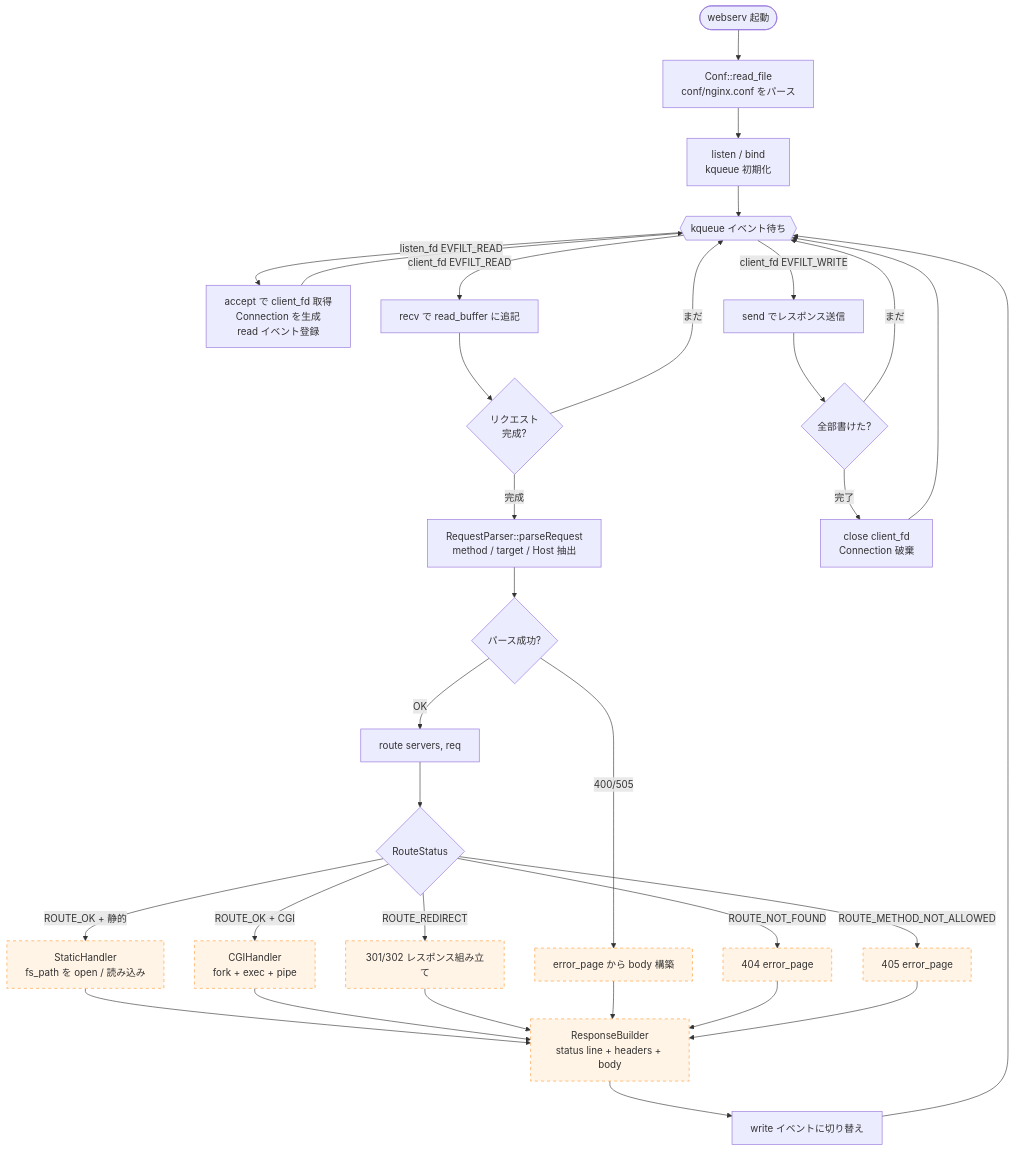
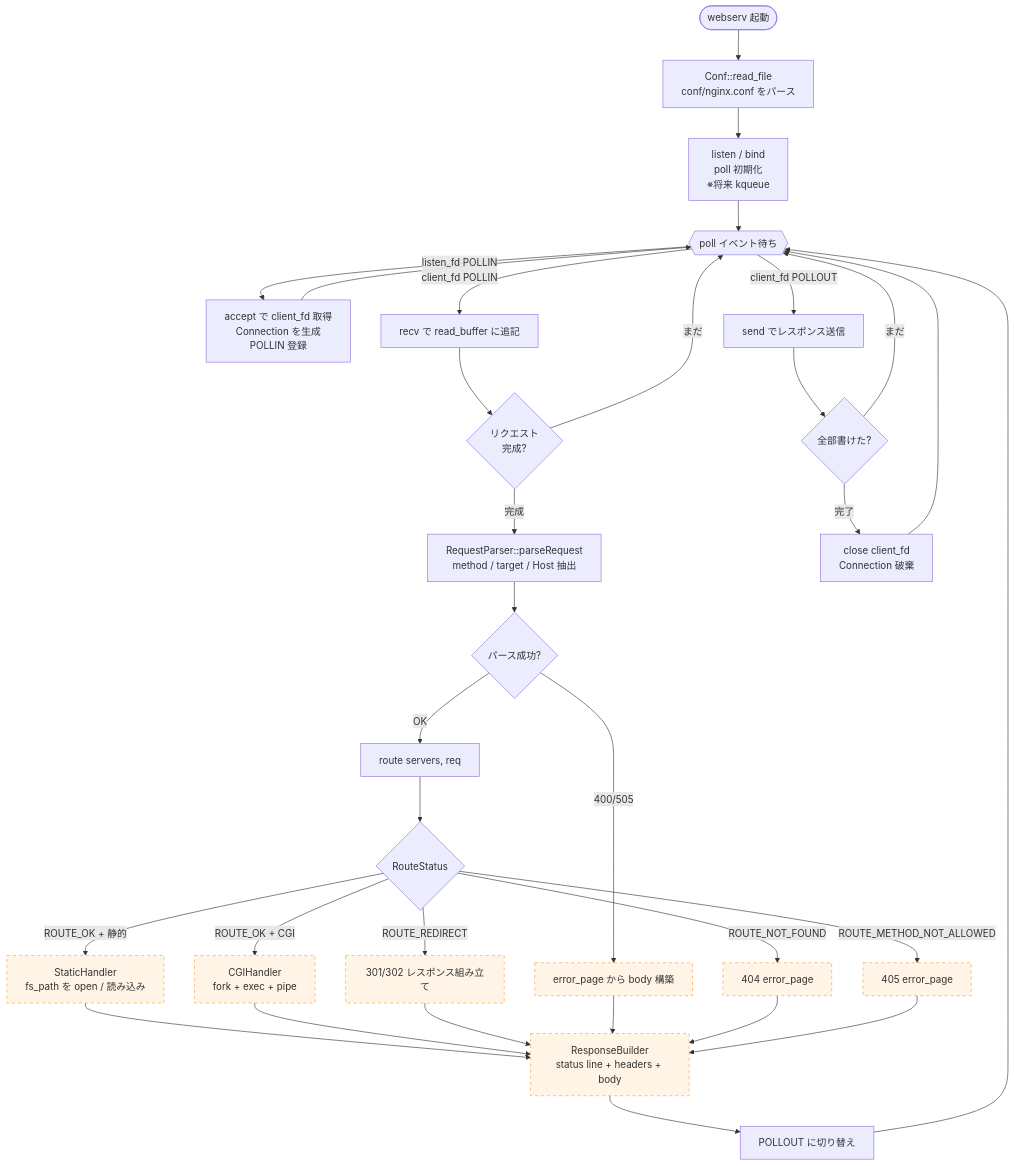
Before and after one commit to Hen00af/irc-platform: the first of 2 diagrams in docs/design.md, drawn with Mermaid. The commit also changed other lines of this file, not shown here.

````diff
--- a/docs/design.md
+++ b/docs/design.md
@@ -16,45 +18,45 @@
 ```mermaid
 flowchart TD
     Start([webserv 起動]) --> ParseConf[Conf::read_file<br/>conf/nginx.conf をパース]
-    ParseConf --> Bind[listen / bind<br/>kqueue 初期化]
-    Bind --> Kq{{kqueue イベント待ち}}
+    ParseConf --> Bind[listen / bind<br/>poll 初期化<br/>※将来 kqueue]
+    Bind --> Loop{{poll イベント待ち}}
 
-    Kq -->|listen_fd EVFILT_READ| Accept[accept で client_fd 取得<br/>Connection を生成<br/>read イベント登録]
-    Accept --> Kq
+    Loop -->|listen_fd POLLIN| Accept[accept で client_fd 取得<br/>Connection を生成<br/>POLLIN 登録]
+    Accept --> Loop
 
-    Kq -->|client_fd EVFILT_READ| Read[recv で read_buffer に追記]
+    Loop -->|client_fd POLLIN| Read[recv で read_buffer に追記]
     Read --> Done{リクエスト<br/>完成?}
-    Done -->|まだ| Kq
+    Done -->|まだ| Loop
 
     Done -->|完成| Parse[RequestParser::parseRequest<br/>method / target / Host 抽出]
     Parse --> ParseOK{パース成功?}
     ParseOK -->|400/505| MakeErr1[error_page から body 構築]
     ParseOK -->|OK| Route[route servers, req]
 
     Route --> Branch{RouteStatus}
 
     Branch -->|ROUTE_OK + 静的| Static[StaticHandler<br/>fs_path を open / 読み込み]
     Branch -->|ROUTE_OK + CGI| Cgi[CGIHandler<br/>fork + exec + pipe]
     Branch -->|ROUTE_REDIRECT| Redir[301/302 レスポンス組み立て]
     Branch -->|ROUTE_NOT_FOUND| MakeErr2[404 error_page]
     Branch -->|ROUTE_METHOD_NOT_ALLOWED| MakeErr3[405 error_page]
 
     Static --> Build[ResponseBuilder<br/>status line + headers + body]
     Cgi --> Build
     Redir --> Build
     MakeErr1 --> Build
     MakeErr2 --> Build
     MakeErr3 --> Build
 
-    Build --> SwitchWrite[write イベントに切り替え]
-    SwitchWrite --> Kq
+    Build --> SwitchWrite[POLLOUT に切り替え]
+    SwitchWrite --> Loop
 
-    Kq -->|client_fd EVFILT_WRITE| Write[send でレスポンス送信]
+    Loop -->|client_fd POLLOUT| Write[send でレスポンス送信]
     Write --> WriteDone{全部書けた?}
-    WriteDone -->|まだ| Kq
+    WriteDone -->|まだ| Loop
     WriteDone -->|完了| Close[close client_fd<br/>Connection 破棄]
-    Close --> Kq
+    Close --> Loop
 
     classDef planned fill:#fff4e6,stroke:#ff9933,stroke-dasharray: 5 5
     class Cgi,Redir,MakeErr1,MakeErr2,MakeErr3,Build,Static planned
 ```
````
